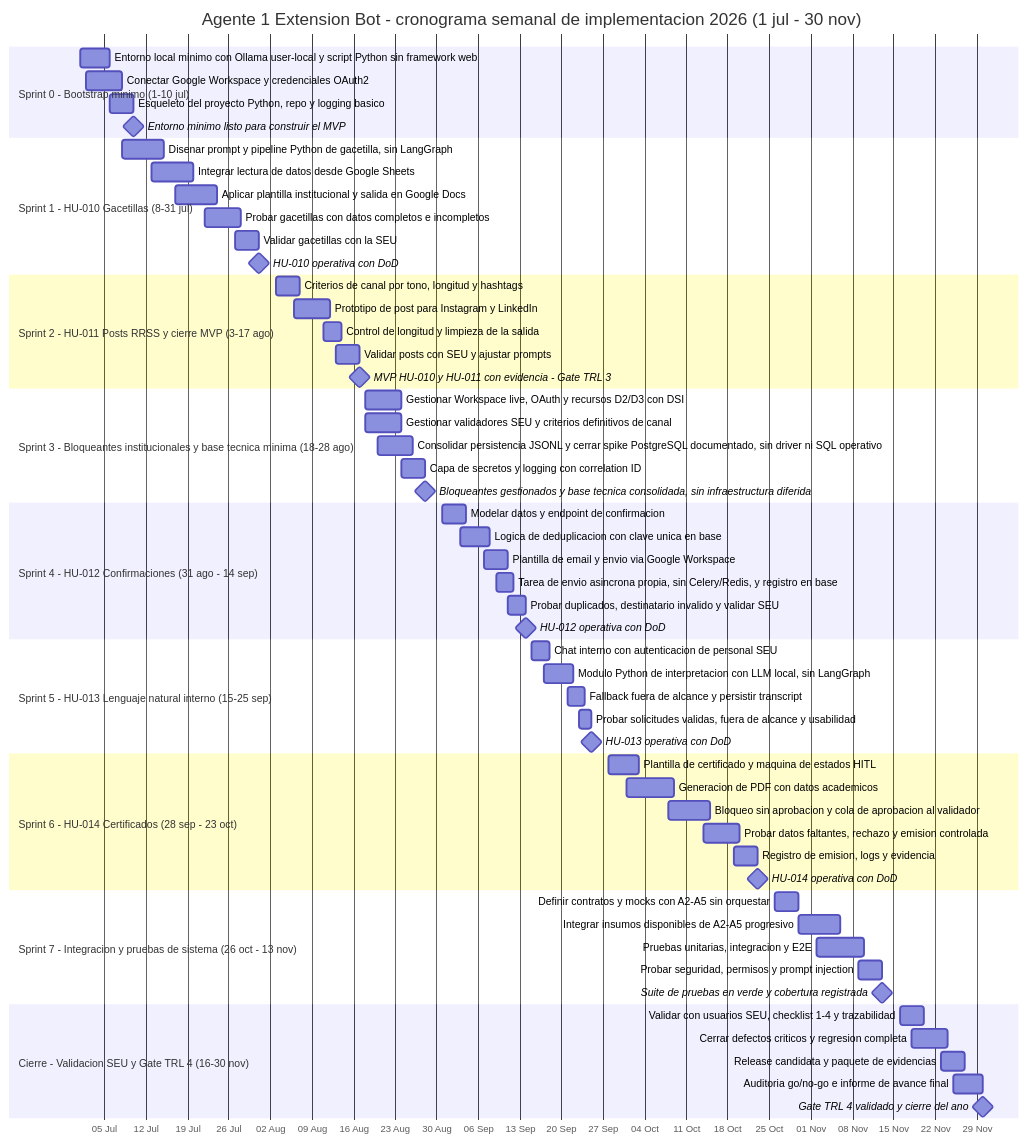
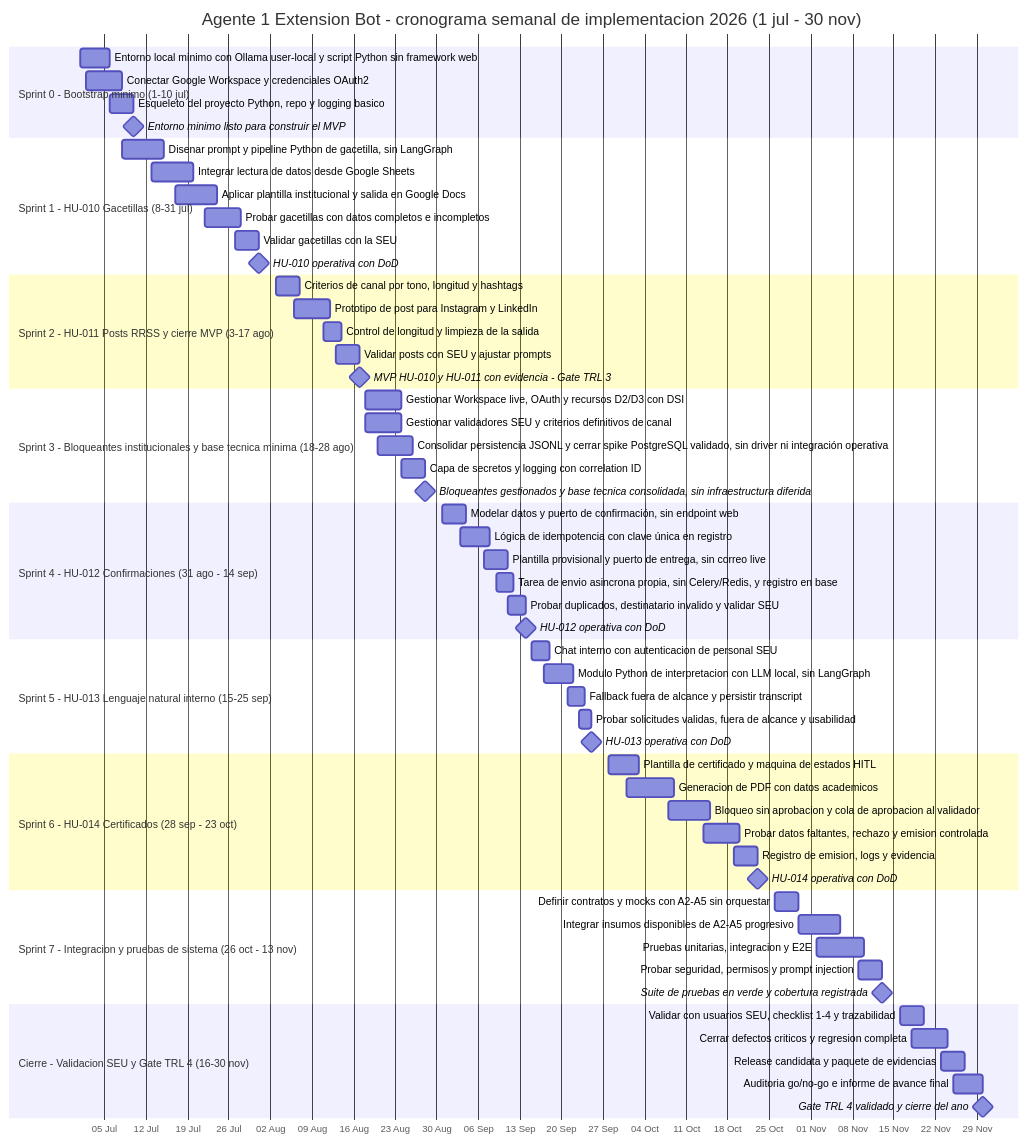
The diagram in Documentos/Gantt/diagrama-gantt-implementacion-semanal.mmd (SpendIce/Proyecto-Final), drawn with Mermaid before and after one commit. The commit also changed 2 other files, not shown here.

Commit message:
docs(gantt): align weekly implementation status (#3)

```diff
--- a/Documentos/Gantt/diagrama-gantt-implementacion-semanal.mmd
+++ b/Documentos/Gantt/diagrama-gantt-implementacion-semanal.mmd
@@ -1,71 +1,71 @@
 gantt
     title Agente 1 Extension Bot - cronograma semanal de implementacion 2026 (1 jul - 30 nov)
     dateFormat  YYYY-MM-DD
     axisFormat  %d %b
     tickInterval 1week
     todayMarker stroke-width:2px,stroke:#0f766e,opacity:0.6
 
     section Sprint 0 - Bootstrap minimo (1-10 jul)
     Entorno local minimo con Ollama user-local y script Python sin framework web :s0a, 2026-07-01, 2026-07-06
     Conectar Google Workspace y credenciales OAuth2          :s0b, 2026-07-02, 2026-07-08
     Esqueleto del proyecto Python, repo y logging basico      :s0c, 2026-07-06, 2026-07-10
     Entorno minimo listo para construir el MVP               :milestone, m0, 2026-07-10, 0d
 
     section Sprint 1 - HU-010 Gacetillas (8-31 jul)
     Disenar prompt y pipeline Python de gacetilla, sin LangGraph :s1a, 2026-07-08, 2026-07-15
     Integrar lectura de datos desde Google Sheets            :s1b, 2026-07-13, 2026-07-20
     Aplicar plantilla institucional y salida en Google Docs  :s1c, 2026-07-17, 2026-07-24
     Probar gacetillas con datos completos e incompletos      :s1d, 2026-07-22, 2026-07-28
     Validar gacetillas con la SEU                            :s1e, 2026-07-27, 2026-07-31
     HU-010 operativa con DoD                                 :milestone, m1, 2026-07-31, 0d
 
     section Sprint 2 - HU-011 Posts RRSS y cierre MVP (3-17 ago)
     Criterios de canal por tono, longitud y hashtags         :s2a, 2026-08-03, 2026-08-07
     Prototipo de post para Instagram y LinkedIn              :s2b, 2026-08-06, 2026-08-12
     Control de longitud y limpieza de la salida              :s2c, 2026-08-11, 2026-08-14
     Validar posts con SEU y ajustar prompts                 :s2d, 2026-08-13, 2026-08-17
     MVP HU-010 y HU-011 con evidencia - Gate TRL 3          :milestone, m2, 2026-08-17, 0d
 
     section Sprint 3 - Bloqueantes institucionales y base tecnica minima (18-28 ago)
     Gestionar Workspace live, OAuth y recursos D2/D3 con DSI :s3a, 2026-08-18, 2026-08-24
     Gestionar validadores SEU y criterios definitivos de canal :s3b, 2026-08-18, 2026-08-24
-    Consolidar persistencia JSONL y cerrar spike PostgreSQL documentado, sin driver ni SQL operativo :s3c, 2026-08-20, 2026-08-26
+    Consolidar persistencia JSONL y cerrar spike PostgreSQL validado, sin driver ni integración operativa :s3c, 2026-08-20, 2026-08-26
     Capa de secretos y logging con correlation ID           :s3d, 2026-08-24, 2026-08-28
     Bloqueantes gestionados y base tecnica consolidada, sin infraestructura diferida :milestone, m3, 2026-08-28, 0d
 
     section Sprint 4 - HU-012 Confirmaciones (31 ago - 14 sep)
-    Modelar datos y endpoint de confirmacion                 :s4a, 2026-08-31, 2026-09-04
-    Logica de deduplicacion con clave unica en base          :s4b, 2026-09-03, 2026-09-08
-    Plantilla de email y envio via Google Workspace          :s4c, 2026-09-07, 2026-09-11
+    Modelar datos y puerto de confirmación, sin endpoint web :s4a, 2026-08-31, 2026-09-04
+    Lógica de idempotencia con clave única en registro       :s4b, 2026-09-03, 2026-09-08
+    Plantilla provisional y puerto de entrega, sin correo live :s4c, 2026-09-07, 2026-09-11
     Tarea de envio asincrona propia, sin Celery/Redis, y registro en base :s4d, 2026-09-09, 2026-09-12
     Probar duplicados, destinatario invalido y validar SEU   :s4e, 2026-09-11, 2026-09-14
     HU-012 operativa con DoD                                 :milestone, m4, 2026-09-14, 0d
 
     section Sprint 5 - HU-013 Lenguaje natural interno (15-25 sep)
     Chat interno con autenticacion de personal SEU           :s5a, 2026-09-15, 2026-09-18
     Modulo Python de interpretacion con LLM local, sin LangGraph :s5b, 2026-09-17, 2026-09-22
     Fallback fuera de alcance y persistir transcript         :s5c, 2026-09-21, 2026-09-24
     Probar solicitudes validas, fuera de alcance y usabilidad :s5d, 2026-09-23, 2026-09-25
     HU-013 operativa con DoD                                 :milestone, m5, 2026-09-25, 0d
 
     section Sprint 6 - HU-014 Certificados (28 sep - 23 oct)
     Plantilla de certificado y maquina de estados HITL       :s6a, 2026-09-28, 2026-10-03
     Generacion de PDF con datos academicos                   :s6b, 2026-10-01, 2026-10-09
     Bloqueo sin aprobacion y cola de aprobacion al validador :s6c, 2026-10-08, 2026-10-15
     Probar datos faltantes, rechazo y emision controlada     :s6d, 2026-10-14, 2026-10-20
     Registro de emision, logs y evidencia                    :s6e, 2026-10-19, 2026-10-23
     HU-014 operativa con DoD                                 :milestone, m6, 2026-10-23, 0d
 
     section Sprint 7 - Integracion y pruebas de sistema (26 oct - 13 nov)
     Definir contratos y mocks con A2-A5 sin orquestar        :s7a, 2026-10-26, 2026-10-30
     Integrar insumos disponibles de A2-A5 progresivo         :s7b, 2026-10-30, 2026-11-06
     Pruebas unitarias, integracion y E2E                     :s7c, 2026-11-02, 2026-11-10
     Probar seguridad, permisos y prompt injection            :s7d, 2026-11-09, 2026-11-13
     Suite de pruebas en verde y cobertura registrada         :milestone, m7, 2026-11-13, 0d
 
     section Cierre - Validacion SEU y Gate TRL 4 (16-30 nov)
     Validar con usuarios SEU, checklist 1-4 y trazabilidad   :c1, 2026-11-16, 2026-11-20
     Cerrar defectos criticos y regresion completa            :c2, 2026-11-18, 2026-11-24
     Release candidata y paquete de evidencias                :c3, 2026-11-23, 2026-11-27
     Auditoria go/no-go e informe de avance final             :c4, 2026-11-25, 2026-11-30
     Gate TRL 4 validado y cierre del ano                     :milestone, m8, 2026-11-30, 0d
```
